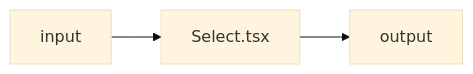
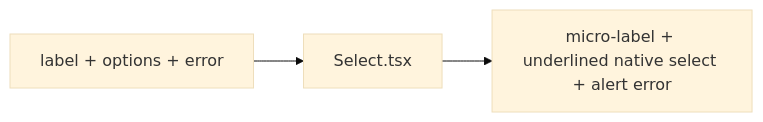
The diagram in apps/web/src/shared/ui/Select.tsx.md (AzamatRaimbekov2/openCreate), drawn with Mermaid (base theme) before and after one commit. The commit also changed other lines of this file and 51 other files, not shown here.

````diff
--- a/apps/web/src/shared/ui/Select.tsx.md
+++ b/apps/web/src/shared/ui/Select.tsx.md
@@ -19,4 +19,4 @@
 ```mermaid
 flowchart LR
-  IN[input] --> Select[Select.tsx] --> OUT[output]
+  OPTS[label + options + error] --> S[Select.tsx] --> OUT[micro-label + underlined native select + alert error]
 ```
````
